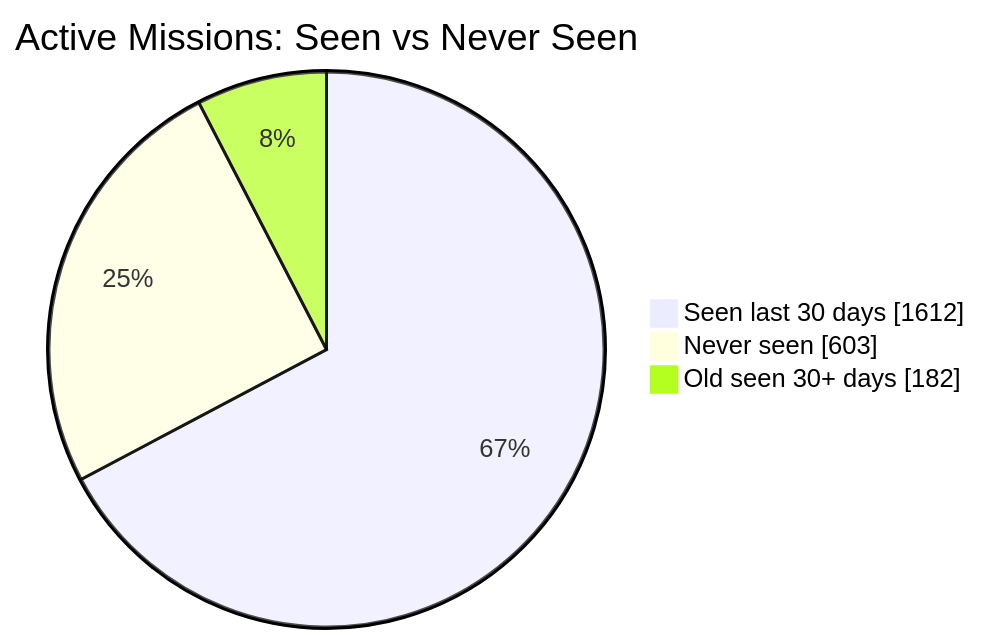
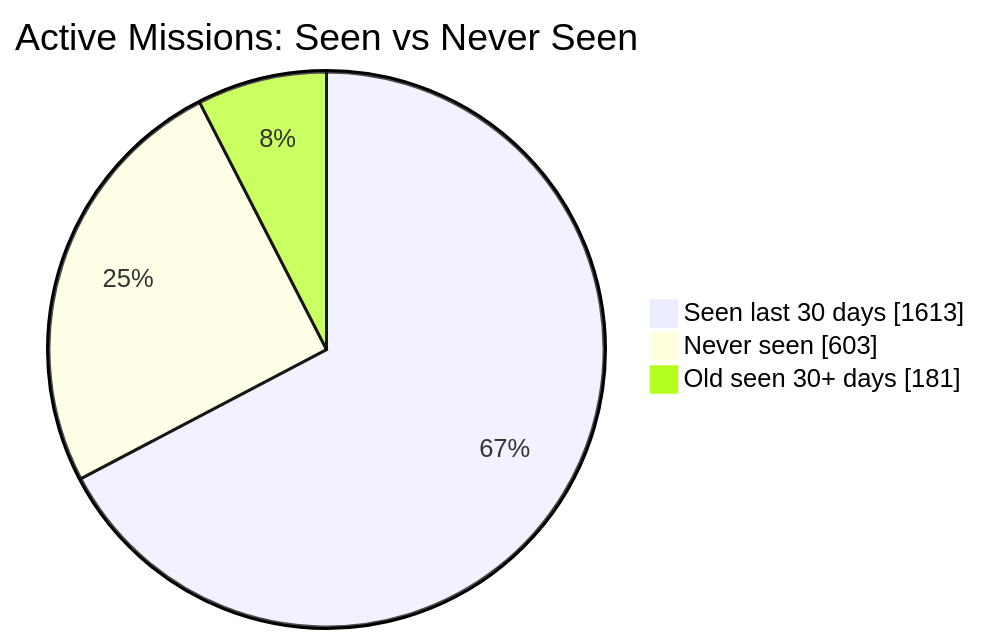
The first of 2 diagrams in README.md (MeldkamerspelGameTeam/active-missions), drawn with Mermaid before and after one commit. The commit also changed other lines of this file and 2 other files, not shown here.

````diff
--- a/README.md
+++ b/README.md
@@ -34,7 +34,7 @@
 ```mermaid
 pie showData
     title Active Missions: Seen vs Never Seen
-    "Seen last 30 days" : 1612
+    "Seen last 30 days" : 1613
     "Never seen" : 603
-    "Old seen 30+ days" : 182
+    "Old seen 30+ days" : 181
 ```
````
